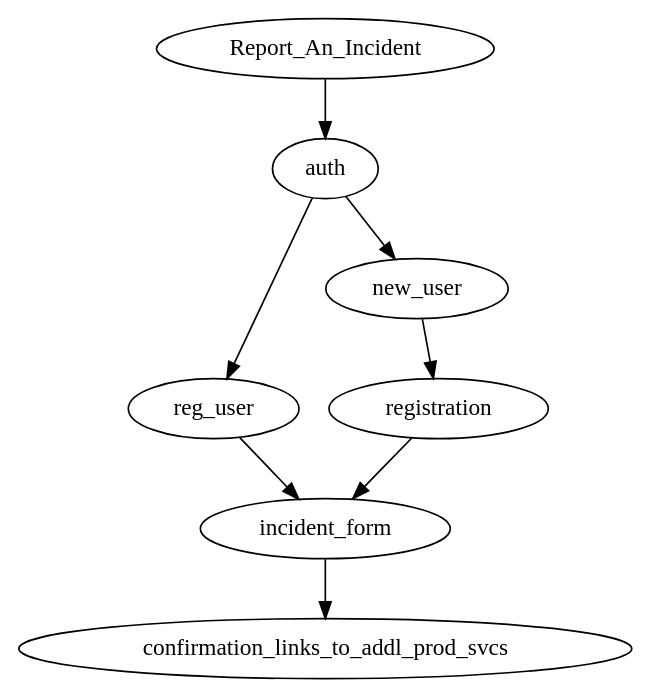
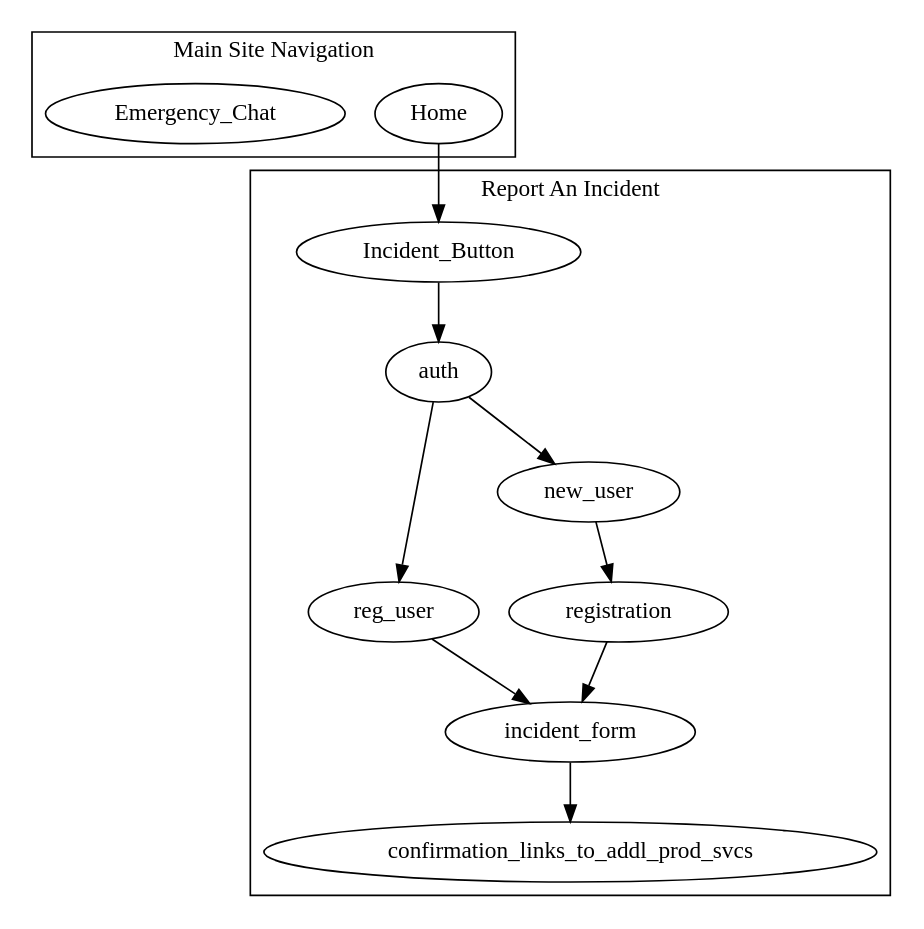
Before and after one commit to maxbrockman453/Base-UX-Building-Blocks-B16: the diagram in Ben-Liz-Chey-LiLi/flow.dot, drawn with Graphviz.

Commit message:
user flow ver. 0.2.0

```diff
--- a/Ben-Liz-Chey-LiLi/flow.dot
+++ b/Ben-Liz-Chey-LiLi/flow.dot
@@ -1,7 +1,15 @@
-digraph {
-  Report_An_Incident -> auth;
-  auth -> reg_user -> incident_form;
-  auth -> new_user -> registration -> incident_form;
-  incident_form -> confirmation_links_to_addl_prod_svcs;
+  digraph {
+    subgraph cluster_0 {
+      label="Report An Incident ";
+      Incident_Button -> auth;
+      auth -> reg_user -> incident_form;
+      auth -> new_user -> registration -> incident_form;
+      incident_form -> confirmation_links_to_addl_prod_svcs;
+    }
 
-}
+    subgraph cluster_1 {
+      label="Main Site Navigation";
+      Home -> Incident_Button;
+      Emergency_Chat;
+    }
+  }
```
